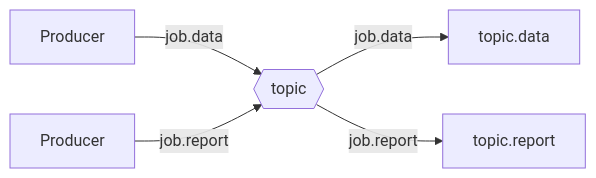
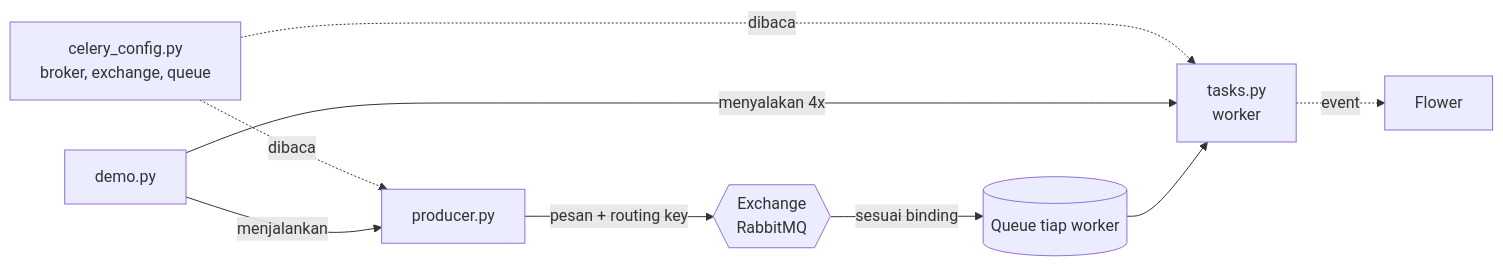
Before and after one commit to hizidha/job-queue-celery: the diagram in README.md, drawn with Mermaid. The commit also changed other lines of this file, not shown here.

````diff
--- a/README.md
+++ b/README.md
@@ -37,7 +16,11 @@
 ```mermaid
 flowchart LR
-    P1[Producer] -->|job.data| T{{topic}}
-    P2[Producer] -->|job.report| T
-    T -->|job.data| Q1[topic.data]
-    T -->|job.report| Q2[topic.report]
+    C[celery_config.py<br/>broker, exchange, queue] -.dibaca.-> T[tasks.py<br/>worker]
+    C -.dibaca.-> P[producer.py]
+    D[demo.py] -->|menyalakan 4x| T
+    D -->|menjalankan| P
+    P -->|pesan + routing key| X{{Exchange<br/>RabbitMQ}}
+    X -->|sesuai binding| Q[(Queue tiap worker)]
+    Q --> T
+    T -.event.-> F[Flower]
 ```
````
